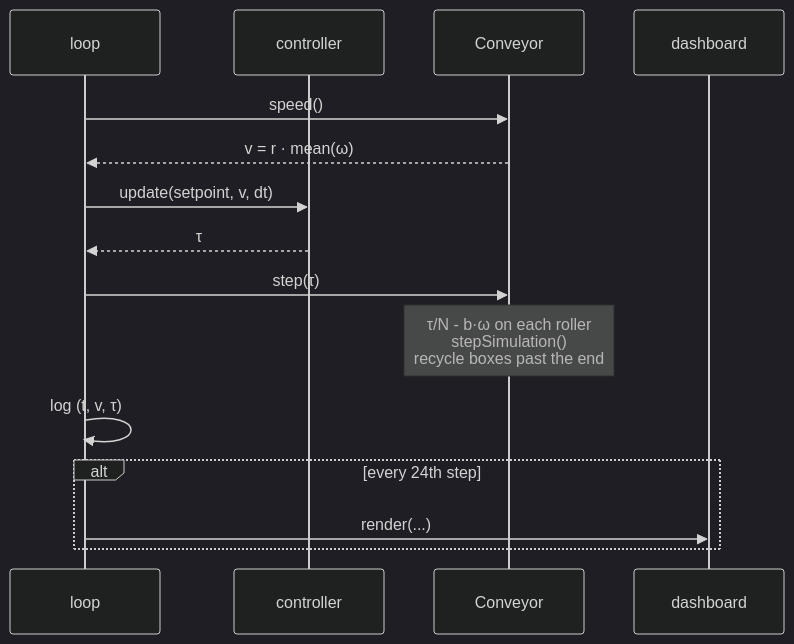
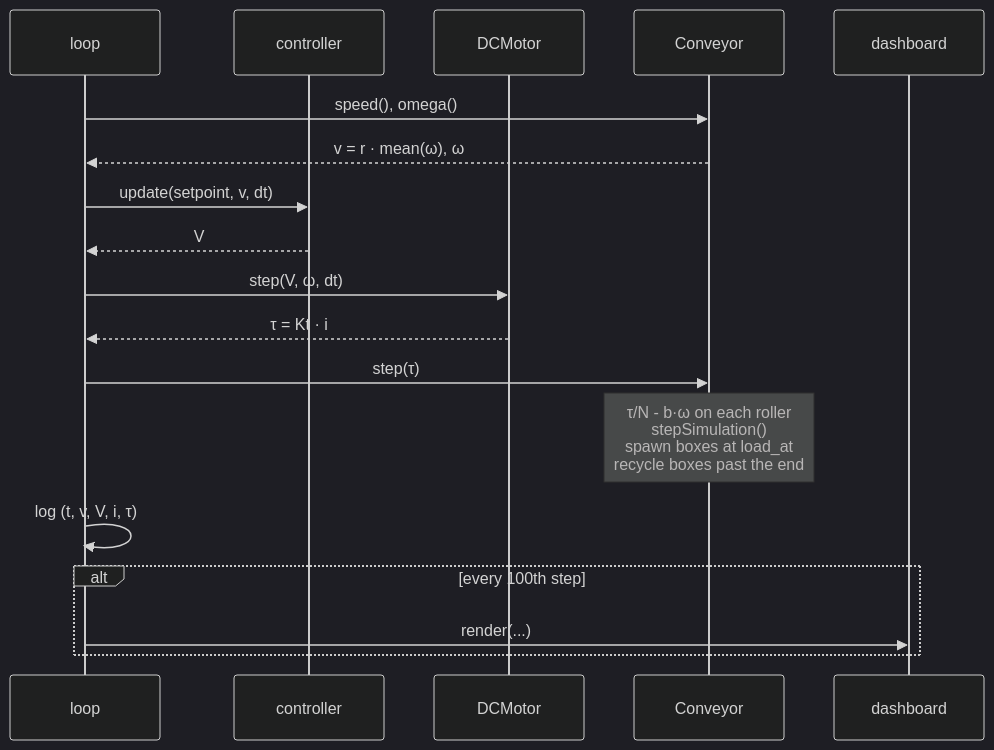
The second of 2 diagrams in README.md (yashdagar/conveyor-motor-speed-control), drawn with Mermaid (dark theme) before and after one commit. The commit also changed other lines of this file and 21 other files, not shown here.

````diff
--- a/README.md
+++ b/README.md
@@ -252,17 +314,20 @@
 ```mermaid
 sequenceDiagram
     participant L as loop
     participant C as controller
+    participant M as DCMotor
     participant S as Conveyor
     participant D as dashboard
-    L->>S: speed()
-    S-->>L: v = r · mean(ω)
+    L->>S: speed(), omega()
+    S-->>L: v = r · mean(ω), ω
     L->>C: update(setpoint, v, dt)
-    C-->>L: τ
+    C-->>L: V
+    L->>M: step(V, ω, dt)
+    M-->>L: τ = Kt · i
     L->>S: step(τ)
-    Note over S: τ/N - b·ω on each roller<br/>stepSimulation()<br/>recycle boxes past the end
-    L->>L: log (t, v, τ)
-    alt every 24th step
+    Note over S: τ/N - b·ω on each roller<br/>stepSimulation()<br/>spawn boxes at load_at<br/>recycle boxes past the end
+    L->>L: log (t, v, V, i, τ)
+    alt every 100th step
         L->>D: render(...)
     end
 ```
````
